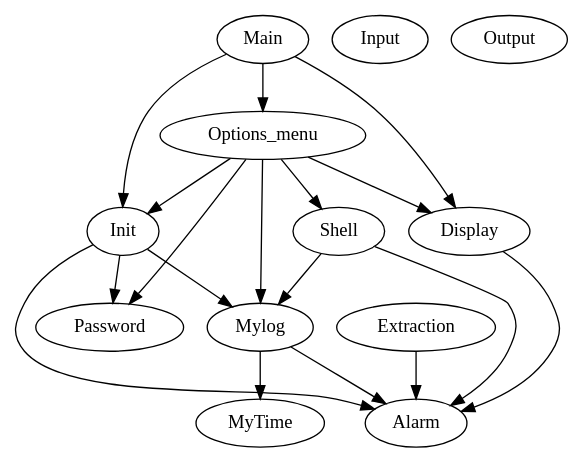
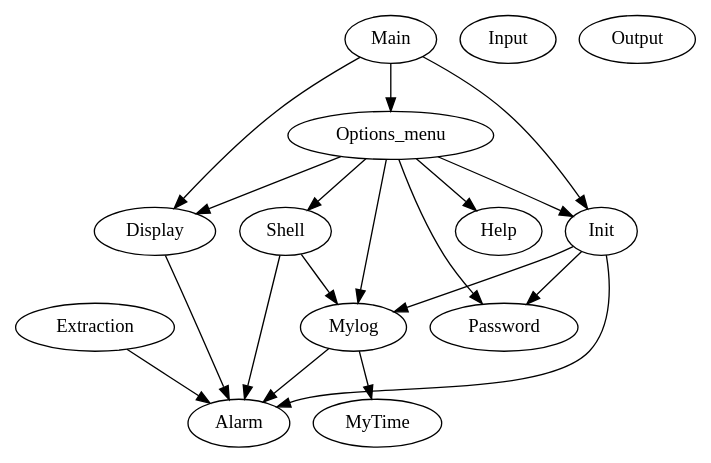
One commit to open-fire-alarm/open-fire-alarm changed the diagram in graph/graph.gv. Above: the diagram before and after it, drawn with Graphviz.

Commit message:
mise a jour du graph

```diff
--- a/graph/graph.gv
+++ b/graph/graph.gv
@@ -1,23 +1,24 @@
 digraph G
 {
 	Alarm;
 	Display;
 	Extraction;
+	Help;
 	Init;
 	Input;
 	Main;
 	Mylog;
 	MyTime;
 	Options_menu;
 	Output;
 	Password;
 	Shell;
 
 	Display -> Alarm;
 	Extraction -> Alarm;
 	Init -> {Alarm; Password; Mylog;}
 	Main -> {Init; Display; Options_menu;}
 	Mylog -> {MyTime; Alarm;}
-	Options_menu -> {Password; Shell; Display; Init; Mylog;}
+	Options_menu -> {Password; Shell; Display; Init; Mylog; Help;}
 	Shell -> {Alarm; Mylog;}
 }
```
